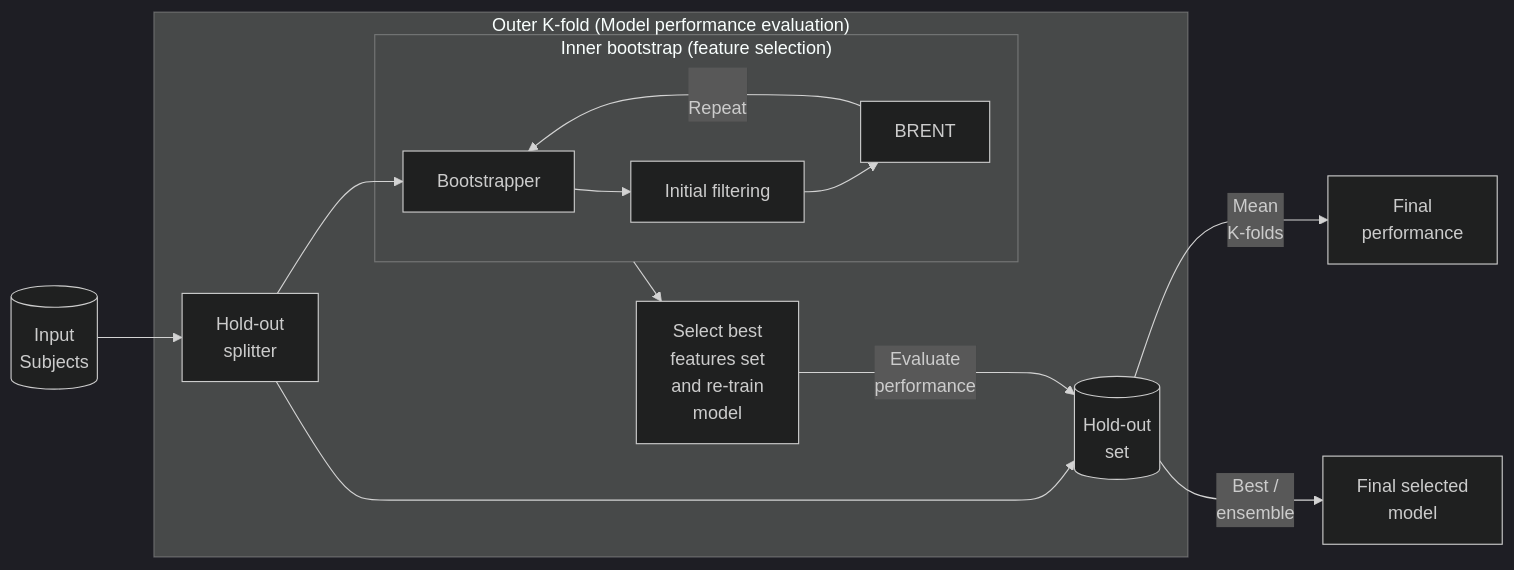
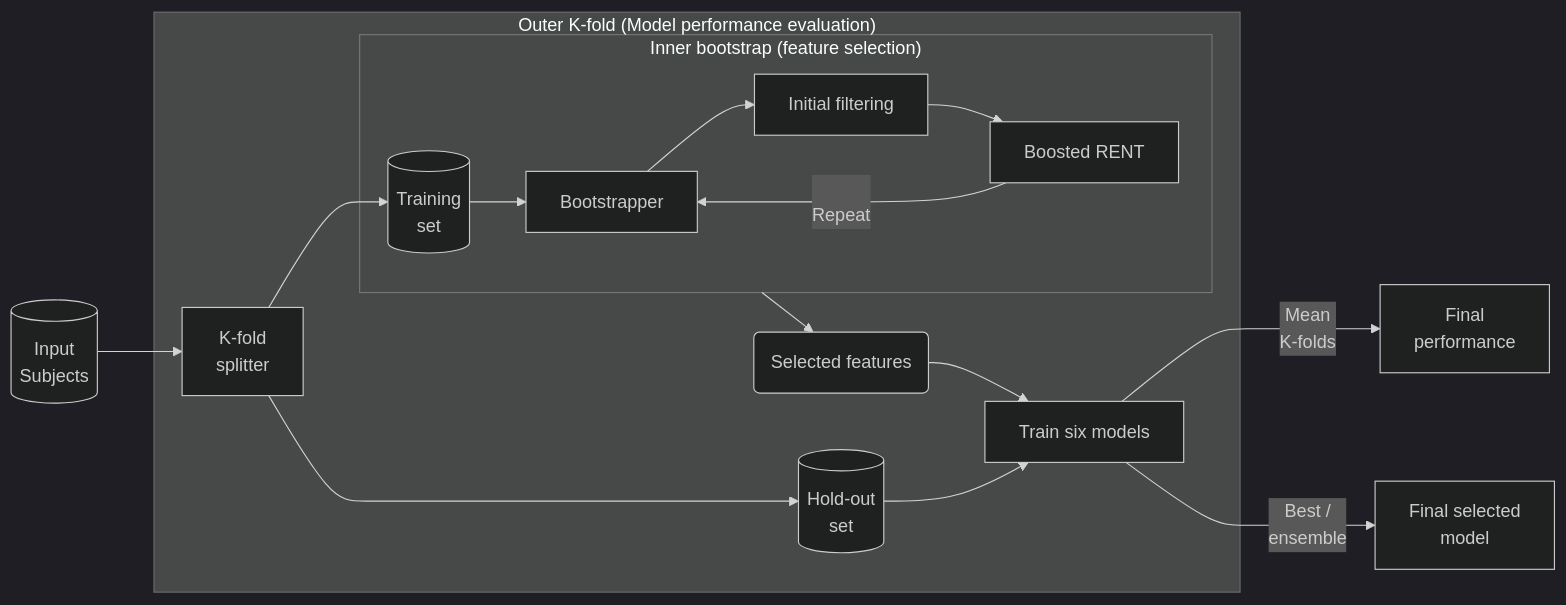
The fifth of 8 diagrams in README.md (alabamagan/mri_radiomics_toolkit), drawn with Mermaid (dark theme) before and after one commit. The commit also changed other lines of this file and 11 other files, not shown here.

````diff
--- a/README.md
+++ b/README.md
@@ -380,22 +382,25 @@
 ```mermaid
 flowchart LR
   A[(Input<br>Subjects)]   
   subgraph Outer["Outer K-fold (Model performance evaluation)"]
     subgraph Inner["Inner bootstrap (feature selection)"]
       G[Bootstrapper]
-      B[BRENT]
+      B[Boosted RENT]
+      TrainData[(Training<br>set)]
       N[Initial filtering]
 	  G --> N --> B
 	  B --> |<br>Repeat|G
     end
-    E[Hold-out <br>splitter]
+    E[K-fold <br>splitter]
     D[(Hold-out<br>set)]
-    Inner --> K[Select best<br>features set<br>and re-train<br>model]
+    Models[Train six models]
+    Inner --> K(Selected features)
   end  
   A --> E
-  E --> G
+  E --> TrainData --> G
   E --> D
-  K ---> |Evaluate<br>performance|D
-  D --> |Mean<br>K-folds|F["Final<br>performance"]
-  D --> |Best /<br>ensemble|H[Final selected<br>model]
+  K --> Models
+  D --> Models
+  Models --> |Mean<br>K-folds|F["Final<br>performance"]
+  Models --> |Best /<br>ensemble|H[Final selected<br>model]
 ```
````
